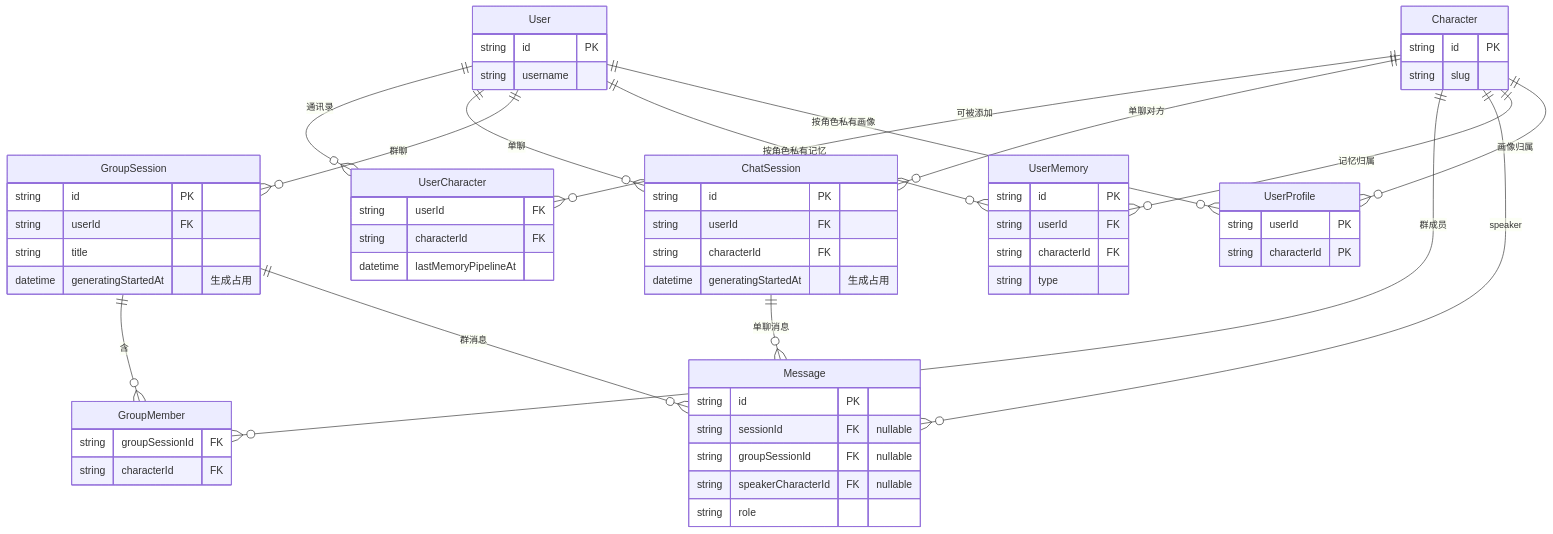
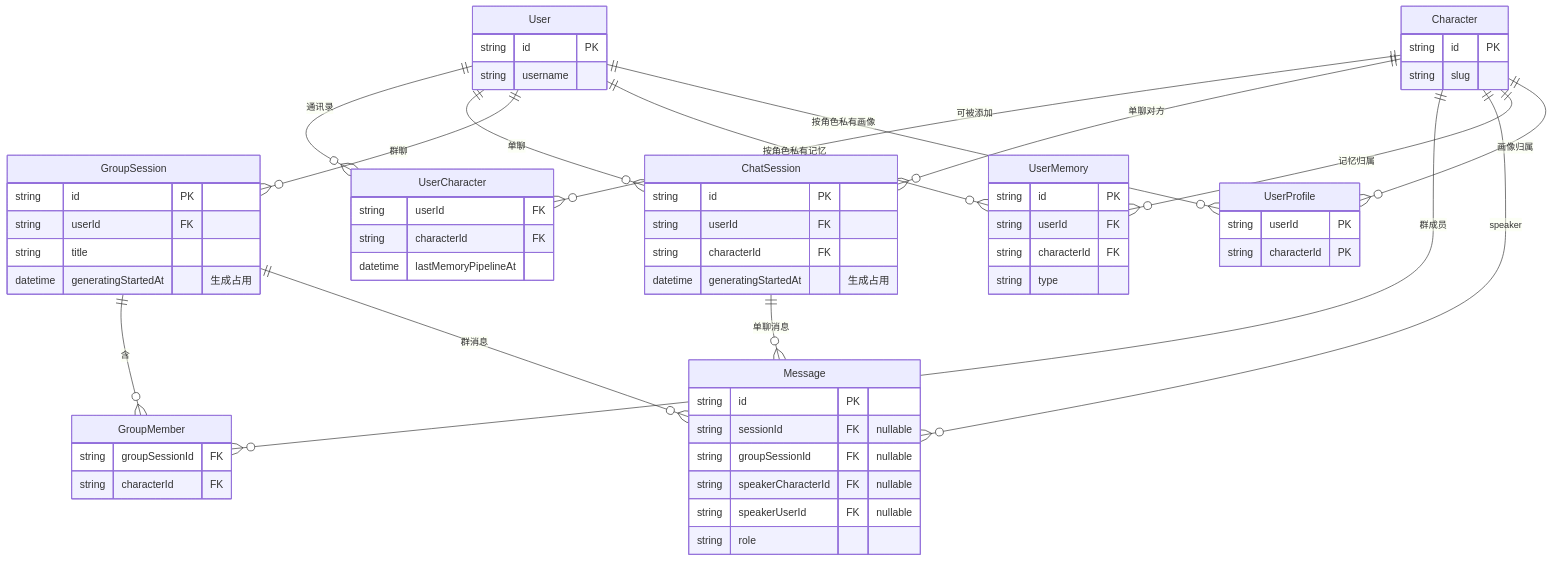
Before and after one commit to lilialab/lilia: the diagram in docs/data-model.md, drawn with Mermaid. The commit also changed other lines of this file and 69 other files, not shown here.

````diff
--- a/docs/data-model.md
+++ b/docs/data-model.md
@@ -9,74 +9,75 @@
 ```mermaid
 erDiagram
   User ||--o{ UserCharacter : "通讯录"
   User ||--o{ ChatSession : "单聊"
   User ||--o{ GroupSession : "群聊"
   User ||--o{ UserMemory : "按角色私有记忆"
   User ||--o{ UserProfile : "按角色私有画像"
 
   Character ||--o{ UserCharacter : "可被添加"
   Character ||--o{ ChatSession : "单聊对方"
   Character ||--o{ GroupMember : "群成员"
   Character ||--o{ Message : "speaker"
   Character ||--o{ UserMemory : "记忆归属"
   Character ||--o{ UserProfile : "画像归属"
 
   ChatSession ||--o{ Message : "单聊消息"
   GroupSession ||--o{ GroupMember : "含"
   GroupSession ||--o{ Message : "群消息"
 
   User {
     string id PK
     string username
   }
 
   Character {
     string id PK
     string slug
   }
 
   UserCharacter {
     string userId FK
     string characterId FK
     datetime lastMemoryPipelineAt
   }
 
   ChatSession {
     string id PK
     string userId FK
     string characterId FK
     datetime generatingStartedAt "生成占用"
   }
 
   GroupSession {
     string id PK
     string userId FK
     string title
     datetime generatingStartedAt "生成占用"
   }
 
   GroupMember {
     string groupSessionId FK
     string characterId FK
   }
 
   Message {
     string id PK
     string sessionId FK "nullable"
     string groupSessionId FK "nullable"
     string speakerCharacterId FK "nullable"
+    string speakerUserId FK "nullable"
     string role
   }
 
   UserMemory {
     string id PK
     string userId FK
     string characterId FK
     string type
   }
 
   UserProfile {
     string userId PK
     string characterId PK
   }
 ```
````
